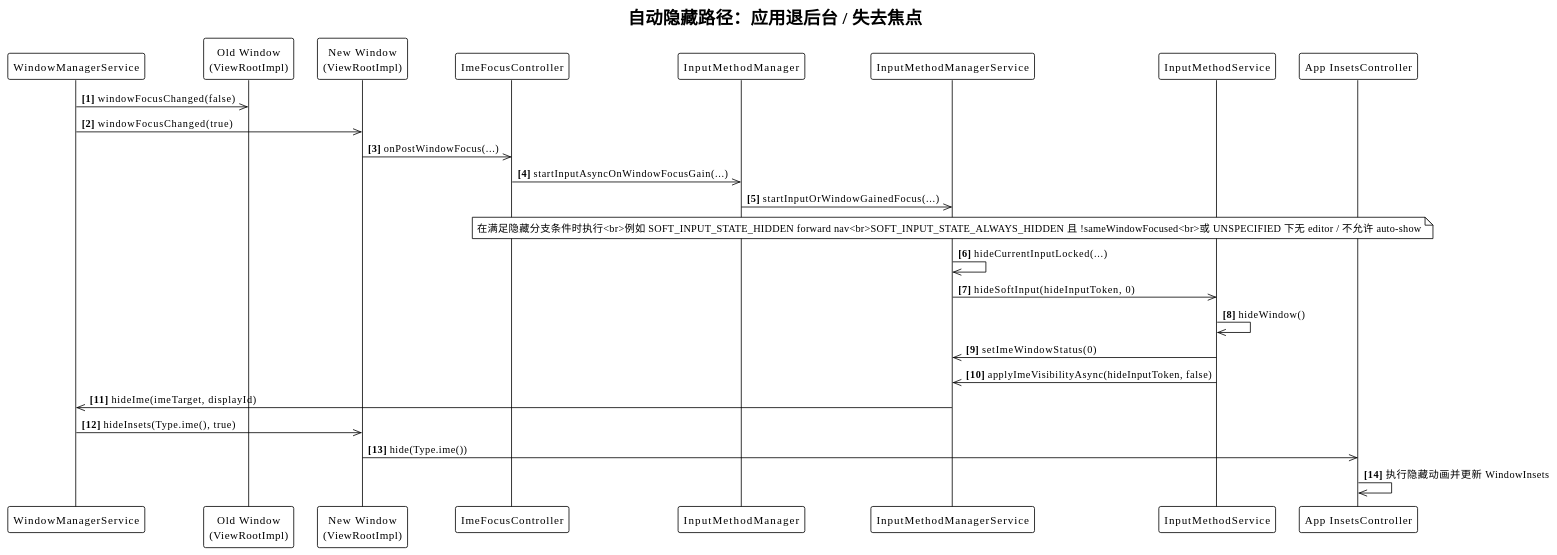
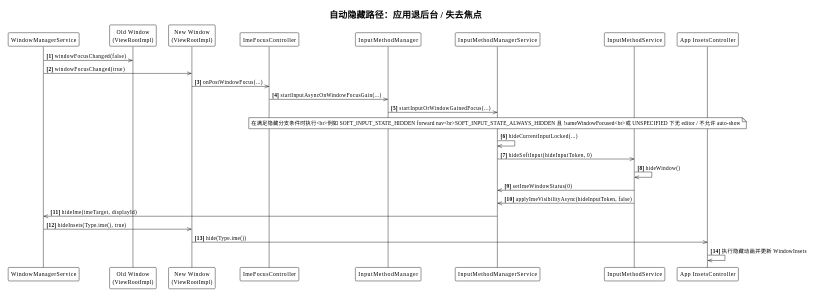
Before and after one commit to Ethen-Cao/ethenslab: the third of 7 diagrams in content/android-dev/windowmanager/InputMethod.md, drawn with PlantUML. The commit also changed other lines of this file and 15 other files, not shown here.

````diff
--- a/content/android-dev/windowmanager/InputMethod.md
+++ b/content/android-dev/windowmanager/InputMethod.md
@@ -490,37 +492,38 @@
 ```plantuml
 @startuml
 !theme plain
+scale 1024 width
 skinparam defaultFontColor black
 title 自动隐藏路径：应用退后台 / 失去焦点
 
 participant "WindowManagerService" as WMS
 participant "Old Window\n(ViewRootImpl)" as OldApp
 participant "New Window\n(ViewRootImpl)" as NewApp
 participant "ImeFocusController" as IFC
 participant "InputMethodManager" as IMM
 participant "InputMethodManagerService" as IMMS
 participant "InputMethodService" as IMS
 participant "App InsetsController" as Insets
 
 autonumber "<b>[0]"
 
 WMS->>OldApp: windowFocusChanged(false)
 WMS->>NewApp: windowFocusChanged(true)
 NewApp->>IFC: onPostWindowFocus(...)
 IFC->>IMM: startInputAsyncOnWindowFocusGain(...)
 IMM->>IMMS: startInputOrWindowGainedFocus(...)
 
 Note over IMMS: 在满足隐藏分支条件时执行<br>例如 SOFT_INPUT_STATE_HIDDEN forward nav<br>SOFT_INPUT_STATE_ALWAYS_HIDDEN 且 !sameWindowFocused<br>或 UNSPECIFIED 下无 editor / 不允许 auto-show
 IMMS->>IMMS: hideCurrentInputLocked(...)
 IMMS->>IMS: hideSoftInput(hideInputToken, 0)
 
 IMS->>IMS: hideWindow()
 IMS->>IMMS: setImeWindowStatus(0)
 IMS->>IMMS: applyImeVisibilityAsync(hideInputToken, false)
 
 IMMS->>WMS: hideIme(imeTarget, displayId)
 WMS->>NewApp: hideInsets(Type.ime(), true)
 NewApp->>Insets: hide(Type.ime())
 Insets->>Insets: 执行隐藏动画并更新 WindowInsets
 @enduml
 ```
````
